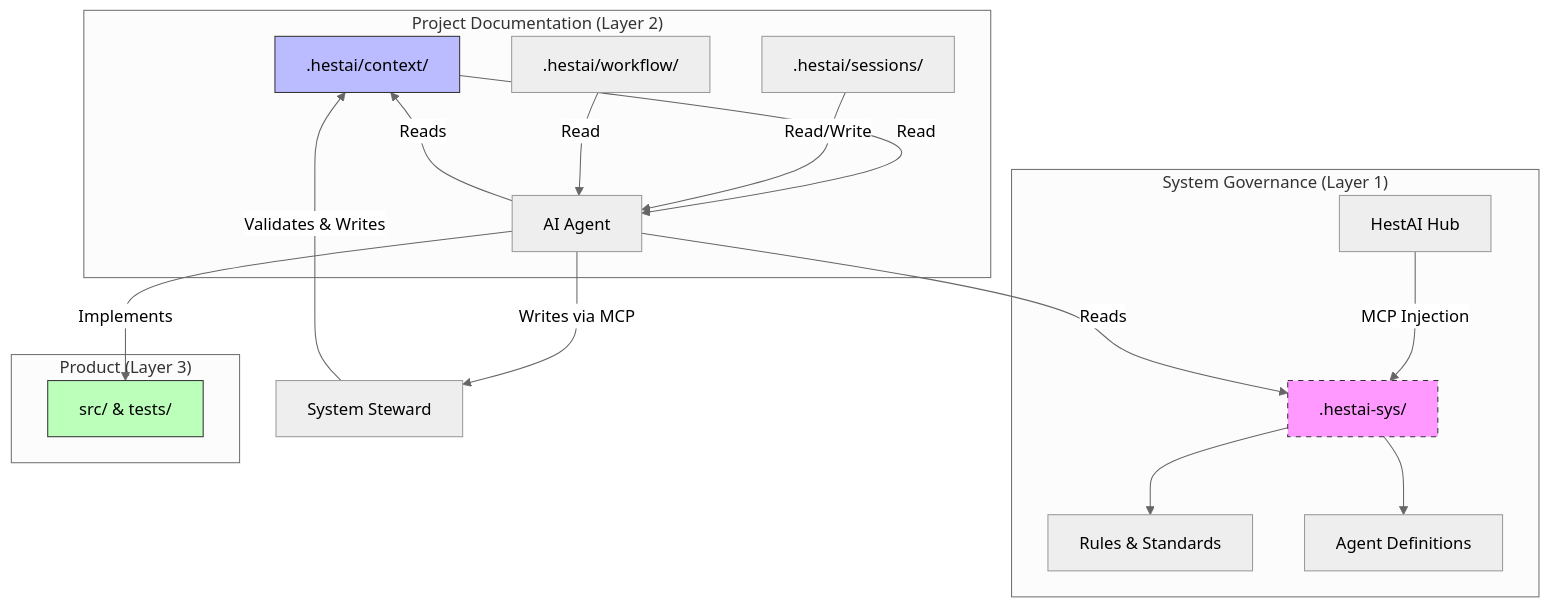
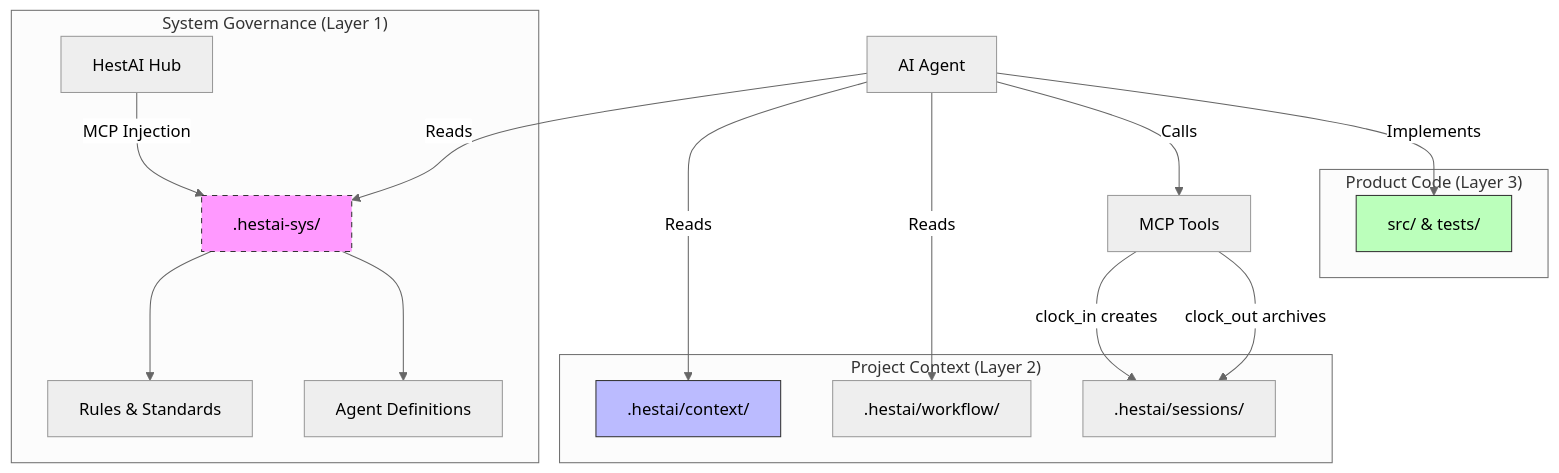
One commit to elevanaltd/HestAI-MCP changed the diagram in docs/ARCHITECTURE.md. Above: the diagram before and after it, drawn with Mermaid (neutral theme). The commit also changed other lines of this file, not shown here.

First line of the commit message:
docs: clarify ARCHITECTURE.md - agents read, tools write

````diff
--- a/docs/ARCHITECTURE.md
+++ b/docs/ARCHITECTURE.md
@@ -17,28 +17,29 @@
 ```mermaid
 graph TD
     subgraph "System Governance (Layer 1)"
-        Hub[HestAI Hub] -->|MCP Injection| Runtime[.hestai-sys/]
-        Runtime --> Rules[Rules & Standards]
-        Runtime --> Agents[Agent Definitions]
-        style Runtime fill:#f9f,stroke:#333,stroke-dasharray: 5 5
+        Hub[HestAI Hub] -->|MCP Injection| SysDir[.hestai-sys/]
+        SysDir --> Rules[Rules & Standards]
+        SysDir --> AgentDefs[Agent Definitions]
+        style SysDir fill:#f9f,stroke:#333,stroke-dasharray: 5 5
     end
 
-    subgraph "Project Documentation (Layer 2)"
-        Context[.hestai/context/] -->|Read| Agent
-        Sessions[.hestai/sessions/] -->|Read/Write| Agent
-        Workflow[.hestai/workflow/] -->|Read| Agent
+    subgraph "Project Context (Layer 2)"
+        Context[.hestai/context/]
+        Workflow[.hestai/workflow/]
+        Sessions[.hestai/sessions/]
         style Context fill:#bbf,stroke:#333
     end
 
-    subgraph "Product (Layer 3)"
+    subgraph "Product Code (Layer 3)"
         Code[src/ & tests/]
         style Code fill:#bfb,stroke:#333
     end
 
-    Agent[AI Agent] -->|Reads| Runtime
+    Agent[AI Agent] -->|Reads| SysDir
     Agent -->|Reads| Context
-    Agent -->|Writes via MCP| SystemSteward[System Steward]
-    SystemSteward -->|Validates & Writes| Context
-
+    Agent -->|Reads| Workflow
+    Agent -->|Calls| MCPTools[MCP Tools]
+    MCPTools -->|clock_in creates| Sessions
+    MCPTools -->|clock_out archives| Sessions
     Agent -->|Implements| Code
 ```
````
